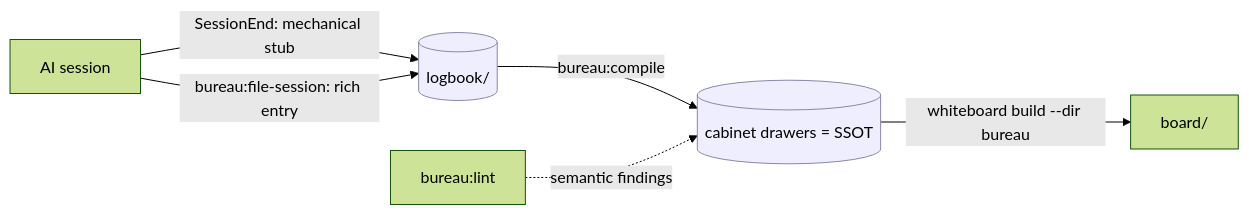
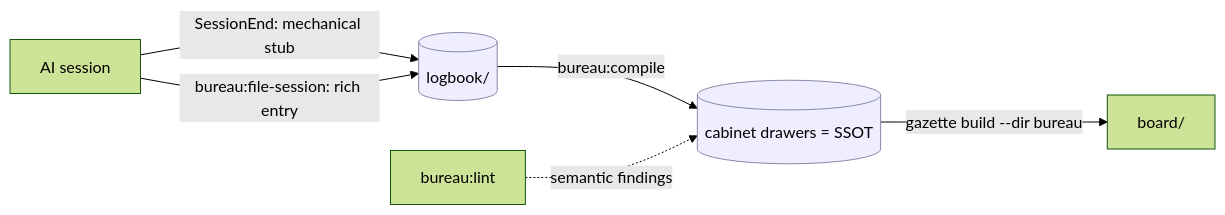
Before and after one commit to xiaolai/bureau: the diagram in dev-docs/plan.md, drawn with Mermaid (forest theme). The commit also changed other lines of this file and 27 other files, not shown here.

First line of the commit message:
refactor: absorb the renderer into bureau as the bundled "gazette" dashboard

````diff
--- a/dev-docs/plan.md
+++ b/dev-docs/plan.md
@@ -44,10 +44,10 @@
 ```mermaid
 flowchart LR
   S[AI session] -->|SessionEnd: mechanical stub| LB[(logbook/)]
   S -->|bureau:file-session: rich entry| LB
   LB -->|bureau:compile| CAB[(cabinet drawers = SSOT)]
   LINT[bureau:lint] -.semantic findings.-> CAB
-  CAB -->|whiteboard build --dir bureau| BRD[board/]
+  CAB -->|gazette build --dir bureau| BRD[board/]
   classDef d fill:#eef,stroke:#88a
   class LB,CAB d
 ```
````
